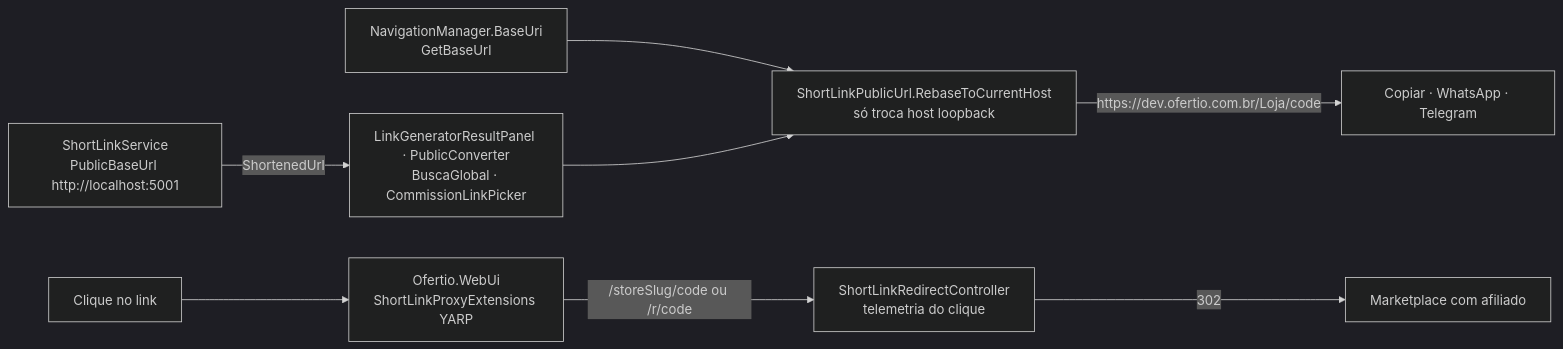
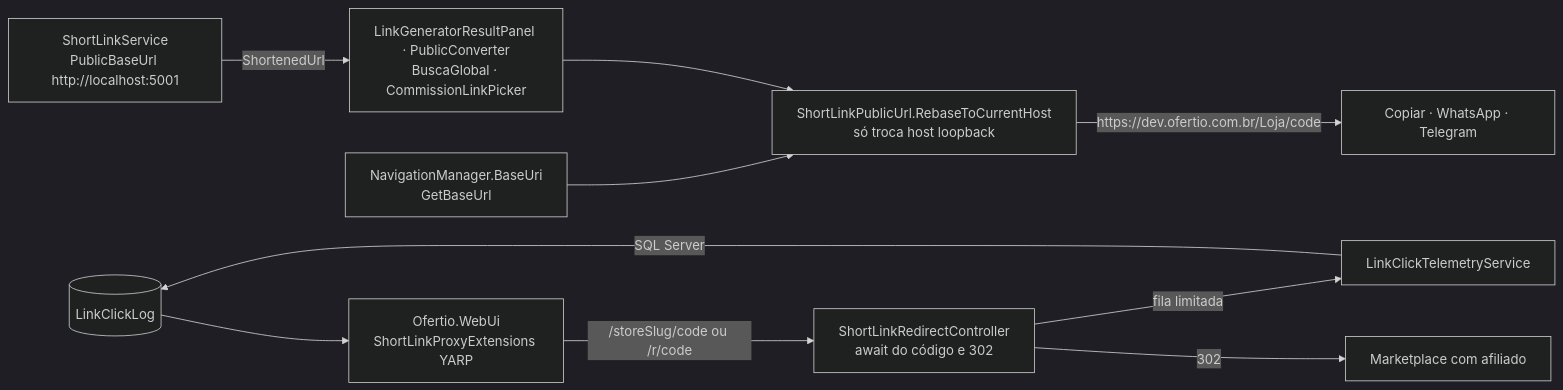
Diagram 31 of 48 in docs/DIAGRAMAS_ARQUITETURA.md (ronyaraujodeveloper/TecFlow), drawn with Mermaid (dark theme) before and after one commit. The commit also changed other lines of this file and 16 other files, not shown here.

````diff
--- a/docs/DIAGRAMAS_ARQUITETURA.md
+++ b/docs/DIAGRAMAS_ARQUITETURA.md
@@ -1797,10 +1798,12 @@
 ```mermaid
 flowchart LR
   API[ShortLinkService<br/>PublicBaseUrl http://localhost:5001] -->|ShortenedUrl| PANEL[LinkGeneratorResultPanel · PublicConverter<br/>BuscaGlobal · CommissionLinkPicker]
   NAV[NavigationManager.BaseUri<br/>GetBaseUrl] --> REBASE[ShortLinkPublicUrl.RebaseToCurrentHost<br/>só troca host loopback]
   PANEL --> REBASE
   REBASE -->|"https://dev.ofertio.com.br/Loja/code"| SHARE[Copiar · WhatsApp · Telegram]
   CLICK[Clique no link] --> WEBUI[Ofertio.WebUi<br/>ShortLinkProxyExtensions YARP]
-  WEBUI -->|"/storeSlug/code ou /r/code"| REDIR[ShortLinkRedirectController<br/>telemetria do clique]
+  WEBUI -->|"/storeSlug/code ou /r/code"| REDIR[ShortLinkRedirectController<br/>await do código e 302]
+  REDIR -->|fila limitada| QUEUE[LinkClickTelemetryService]
+  QUEUE -->|SQL Server| CLICK[(LinkClickLog)]
   REDIR -->|302| STORE[Marketplace com afiliado]
 ```
````
